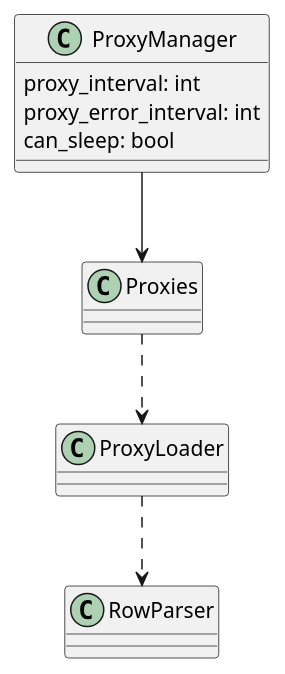
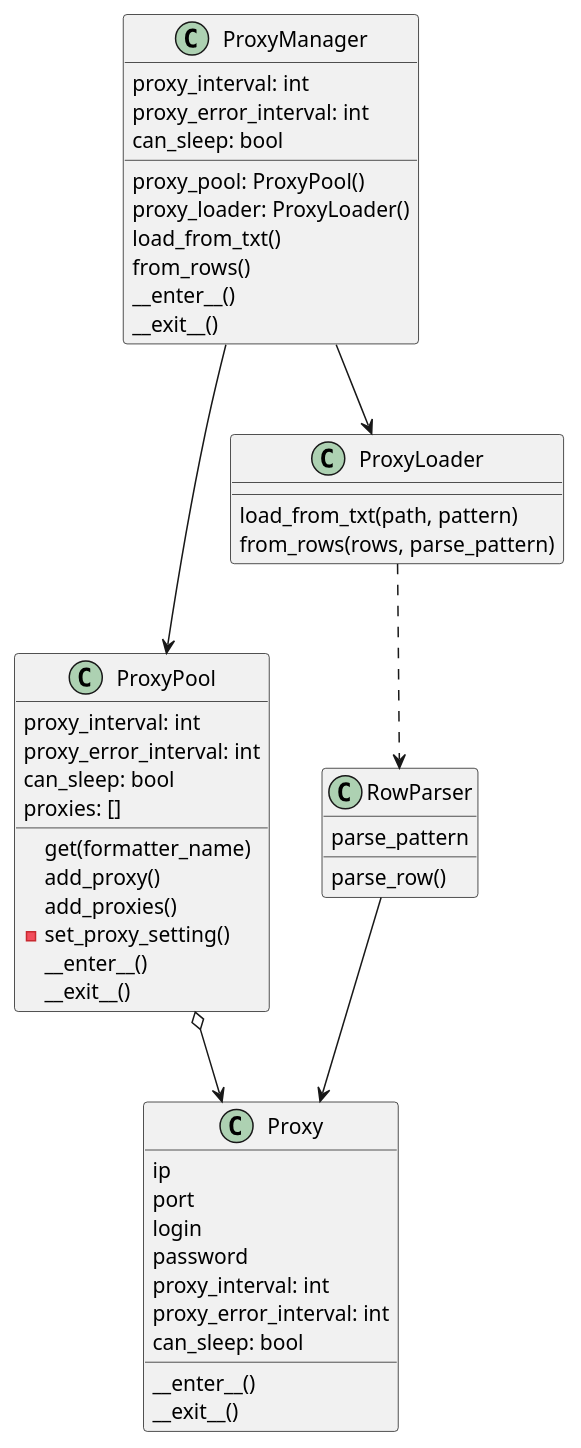
One commit to overparser/proxy_manager changed the diagram in ProxyManager.puml. Above: the diagram before and after it, drawn with PlantUML. The commit also changed 2 other files, not shown here.

Commit message:
added diagram

```diff
--- a/ProxyManager.puml
+++ b/ProxyManager.puml
@@ -1,10 +1,52 @@
 @startuml
 class ProxyManager{
       proxy_interval: int
       proxy_error_interval: int
       can_sleep: bool
+      proxy_pool: ProxyPool()
+      proxy_loader: ProxyLoader()
+      load_from_txt()
+      from_rows()
+      __enter__()
+      __exit__()
 }
-ProxyManager --> Proxies
-Proxies ..> ProxyLoader
+class ProxyPool{
+    proxy_interval: int
+    proxy_error_interval: int
+    can_sleep: bool
+    proxies: []
+    get(formatter_name)
+    add_proxy()
+    add_proxies()
+    -set_proxy_setting()
+    __enter__()
+    __exit__()
+}
+
+class ProxyLoader{
+    load_from_txt(path, pattern)
+    from_rows(rows, parse_pattern)
+}
+
+class RowParser{
+    parse_pattern
+    parse_row()
+}
+class Proxy{
+    ip
+    port
+    login
+    password
+    proxy_interval: int
+    proxy_error_interval: int
+    can_sleep: bool
+    __enter__()
+    __exit__()
+}
+
+ProxyPool o--> Proxy
+ProxyManager --> ProxyPool
+ProxyManager --> ProxyLoader
 ProxyLoader ..> RowParser
+RowParser --> Proxy
 @enduml
```
